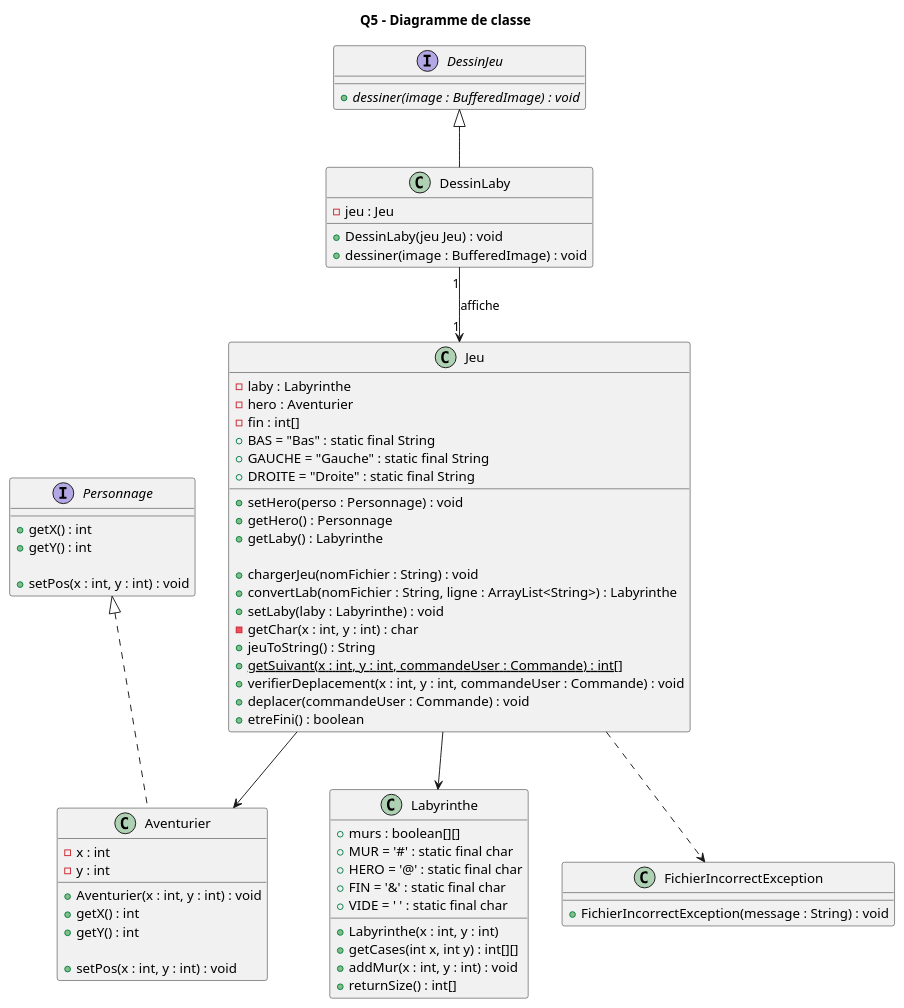
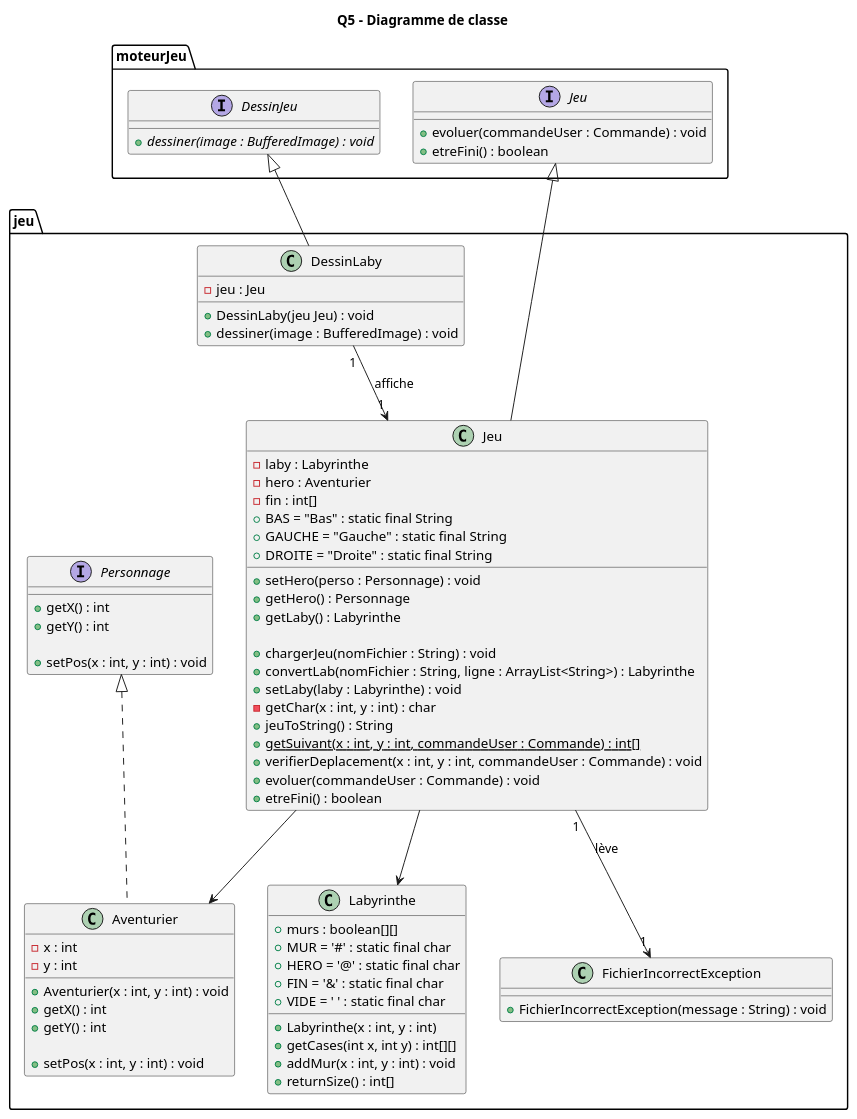
The diagram in projet_zeldiablo/documents/version_2/Q5 - Diagramme de Classe.puml (lucas-martinati-pro/SAE_S2.01_Zeldiablo-LucasM_JeanLM_PierreGSV), drawn with PlantUML before and after one commit. The commit also changed 4 other files, not shown here.

Commit message:
add: DessinLaby affichage & classe moteurJeu.Jeu dans le diagramme de classe

```diff
--- a/projet_zeldiablo/documents/version_2/Q5 - Diagramme de Classe.puml
+++ b/projet_zeldiablo/documents/version_2/Q5 - Diagramme de Classe.puml
@@ -1,74 +1,79 @@
 @startuml
     title Q5 - Diagramme de classe
 
-class Jeu {
+class jeu.Jeu {
     -laby : Labyrinthe
     -hero : Aventurier
     -fin : int[]
     +BAS = "Bas" : static final String
     +GAUCHE = "Gauche" : static final String
     +DROITE = "Droite" : static final String
 
     +setHero(perso : Personnage) : void
     +getHero() : Personnage
     +getLaby() : Labyrinthe
 
     +chargerJeu(nomFichier : String) : void
     +convertLab(nomFichier : String, ligne : ArrayList<String>) : Labyrinthe
     +setLaby(laby : Labyrinthe) : void
     -getChar(x : int, y : int) : char
     +jeuToString() : String
     +{static} getSuivant(x : int, y : int, commandeUser : Commande) : int[]
     +verifierDeplacement(x : int, y : int, commandeUser : Commande) : void
-    +deplacer(commandeUser : Commande) : void
+    +evoluer(commandeUser : Commande) : void
     +etreFini() : boolean
 }
-class Labyrinthe {
+interface moteurJeu.Jeu {
+    +evoluer(commandeUser : Commande) : void
+    +etreFini() : boolean
+}
+class jeu.Labyrinthe {
     +murs : boolean[][]
     +MUR = '#' : static final char
     +HERO = '@' : static final char
     +FIN = '&' : static final char
     +VIDE = ' ' : static final char
 
     +Labyrinthe(x : int, y : int)
     +getCases(int x, int y) : int[][]
     +addMur(x : int, y : int) : void
     +returnSize() : int[]
 }
-interface Personnage {
+interface jeu.Personnage {
     +getX() : int
     +getY() : int
 
     +setPos(x : int, y : int) : void
 }
-class Aventurier {
+class jeu.Aventurier {
     -x : int
     -y : int
 
     +Aventurier(x : int, y : int) : void
     +getX() : int
     +getY() : int
 
     +setPos(x : int, y : int) : void
-
 }
-class FichierIncorrectException {
+class jeu.FichierIncorrectException {
     +FichierIncorrectException(message : String) : void
 }
-interface DessinJeu {
+interface moteurJeu.DessinJeu {
     +{abstract} dessiner(image : BufferedImage) : void
 }
-class DessinLaby {
+class jeu.DessinLaby {
     -jeu : Jeu
 
     +DessinLaby(jeu Jeu) : void
     +dessiner(image : BufferedImage) : void
 }
 
 DessinJeu <|-- DessinLaby
-DessinLaby "1" --> "1" Jeu : affiche
-Jeu --> Labyrinthe
-Jeu --> Aventurier
+DessinLaby "1" --> "1" jeu.Jeu : affiche
+
+jeu.Jeu --> Labyrinthe
+moteurJeu.Jeu <|-- jeu.Jeu
+jeu.Jeu --> Aventurier
 Personnage <|.. Aventurier
-Jeu ..> FichierIncorrectException
+jeu.Jeu "1" --> "1" FichierIncorrectException : lève
 @enduml
```
